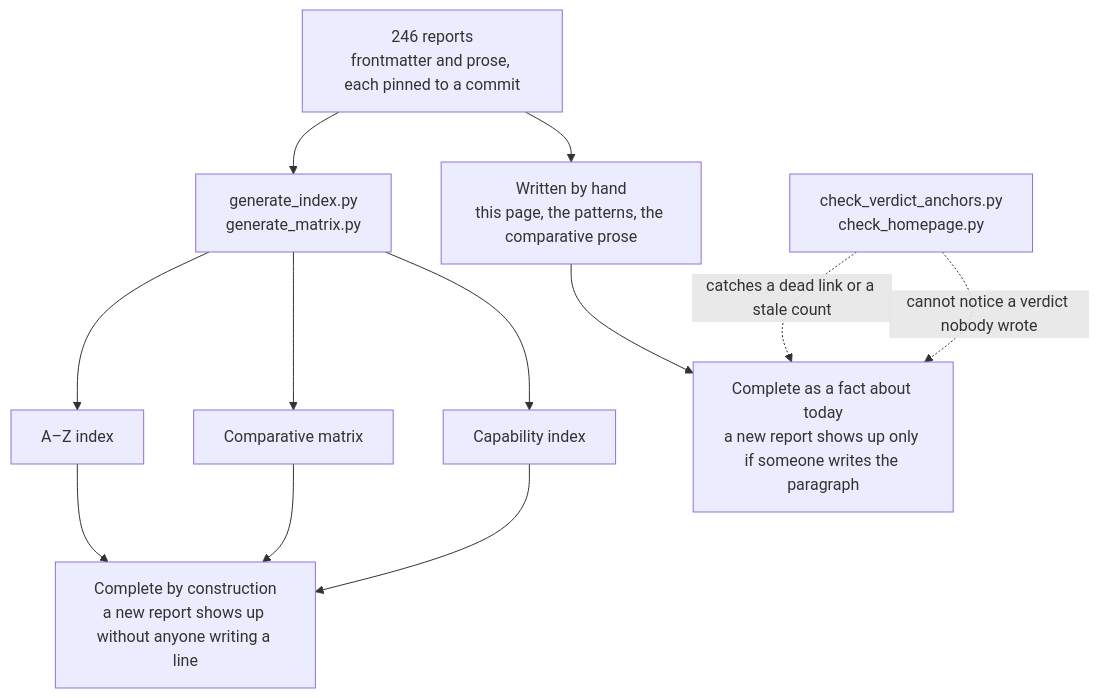
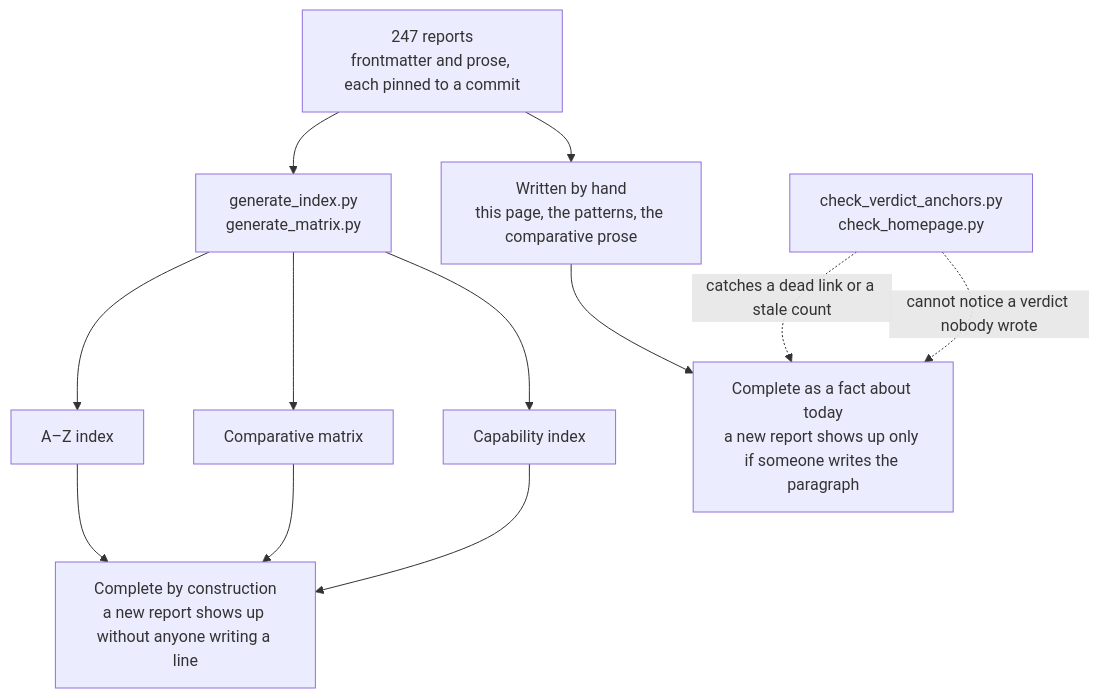
Before and after one commit to neoneye/agent-memory-atlas: the diagram in content/verdicts.md, drawn with Mermaid. The commit also changed other lines of this file and 19 other files, not shown here.

````diff
--- a/content/verdicts.md
+++ b/content/verdicts.md
@@ -40,15 +40,15 @@
 ```mermaid
 flowchart TD
-    R["246 reports<br/>frontmatter and prose, each pinned to a commit"]
+    R["247 reports<br/>frontmatter and prose, each pinned to a commit"]
     R --> GEN["generate_index.py<br/>generate_matrix.py"]
     R --> HAND["Written by hand<br/>this page, the patterns, the comparative prose"]
     GEN --> AZ["A–Z index"]
     GEN --> MX["Comparative matrix"]
     GEN --> CI["Capability index"]
     AZ --> CONST["Complete by construction<br/>a new report shows up without anyone writing a line"]
     MX --> CONST
     CI --> CONST
     HAND --> TODAY["Complete as a fact about today<br/>a new report shows up only if someone writes the paragraph"]
     CHK["check_verdict_anchors.py<br/>check_homepage.py"] -.->|"catches a dead link or a stale count"| TODAY
     CHK -.->|"cannot notice a verdict nobody wrote"| TODAY
 ```
````
